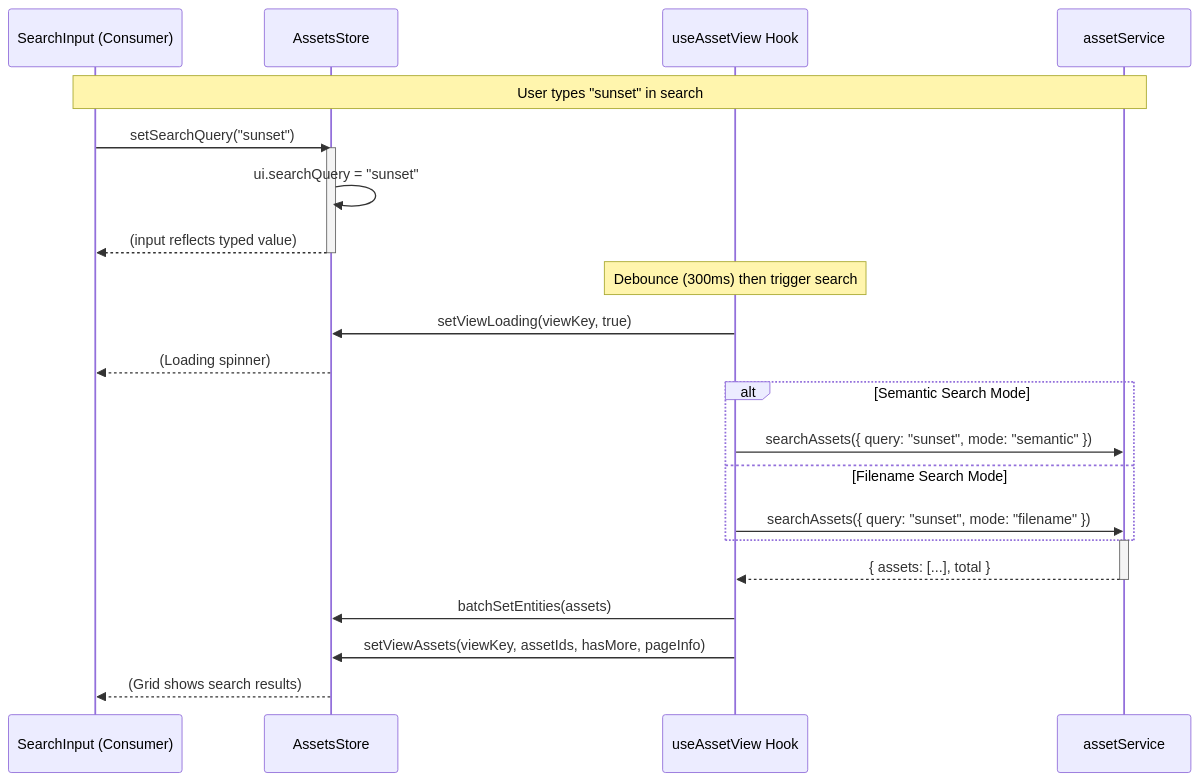
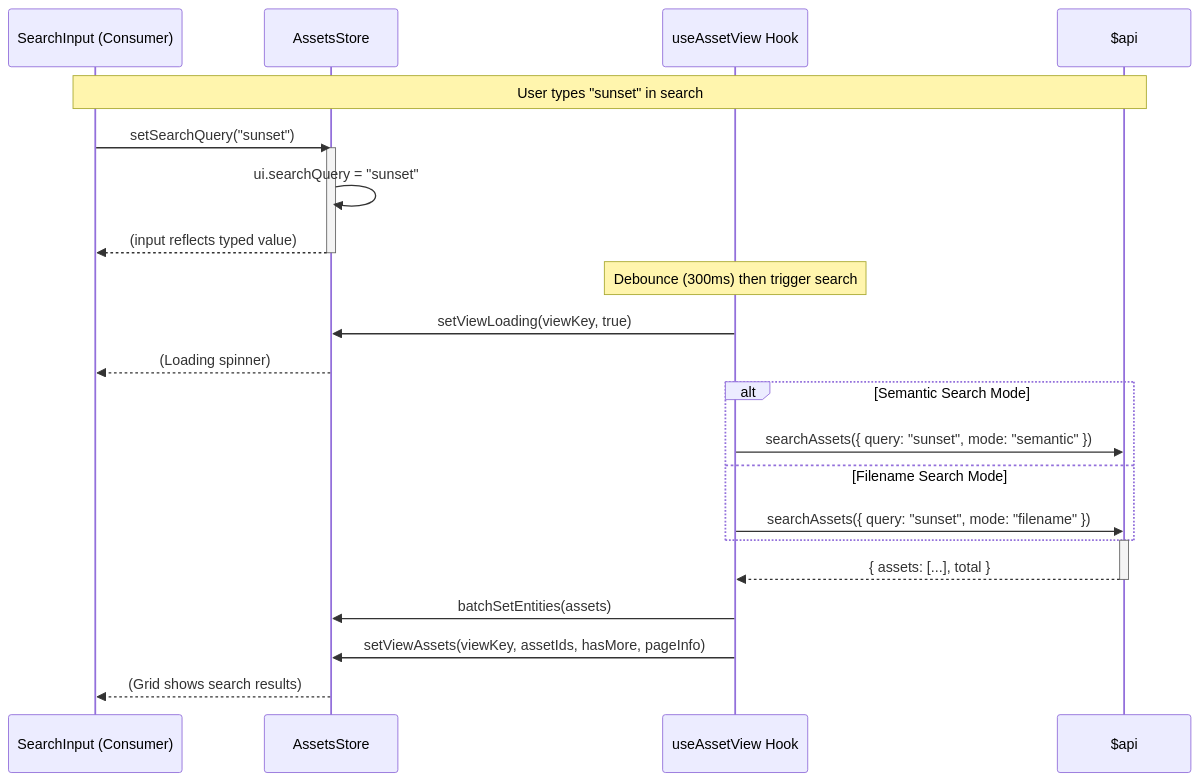
Before and after one commit to EdwinZhanCN/Lumilio-Photos: the second of 5 diagrams in web/src/features/assets/diagram/async-data-flow.md, drawn with Mermaid. The commit also changed other lines of this file and 46 other files, not shown here.

Commit message:
refactor: complete assetService cleanup

````diff
--- a/web/src/features/assets/diagram/async-data-flow.md
+++ b/web/src/features/assets/diagram/async-data-flow.md
@@ -50,34 +50,34 @@
 ```mermaid
 sequenceDiagram
     participant UI as SearchInput (Consumer)
     participant Store as AssetsStore
     participant Hook as useAssetView Hook
-    participant API as assetService
+    participant API as $api
     
     Note over UI, API: User types "sunset" in search
     
     UI->>Store: setSearchQuery("sunset")
     activate Store
     Store->>Store: ui.searchQuery = "sunset"
     Store-->>UI: (input reflects typed value)
     deactivate Store
     
     Note over Hook: Debounce (300ms) then trigger search
     
     Hook->>Store: setViewLoading(viewKey, true)
     Store-->>UI: (Loading spinner)
     
     alt Semantic Search Mode
         Hook->>API: searchAssets({ query: "sunset", mode: "semantic" })
     else Filename Search Mode
         Hook->>API: searchAssets({ query: "sunset", mode: "filename" })
     end
     
     activate API
     API-->>Hook: { assets: [...], total }
     deactivate API
     
     Hook->>Store: batchSetEntities(assets)
     Hook->>Store: setViewAssets(viewKey, assetIds, hasMore, pageInfo)
     Store-->>UI: (Grid shows search results)
 ```
````
